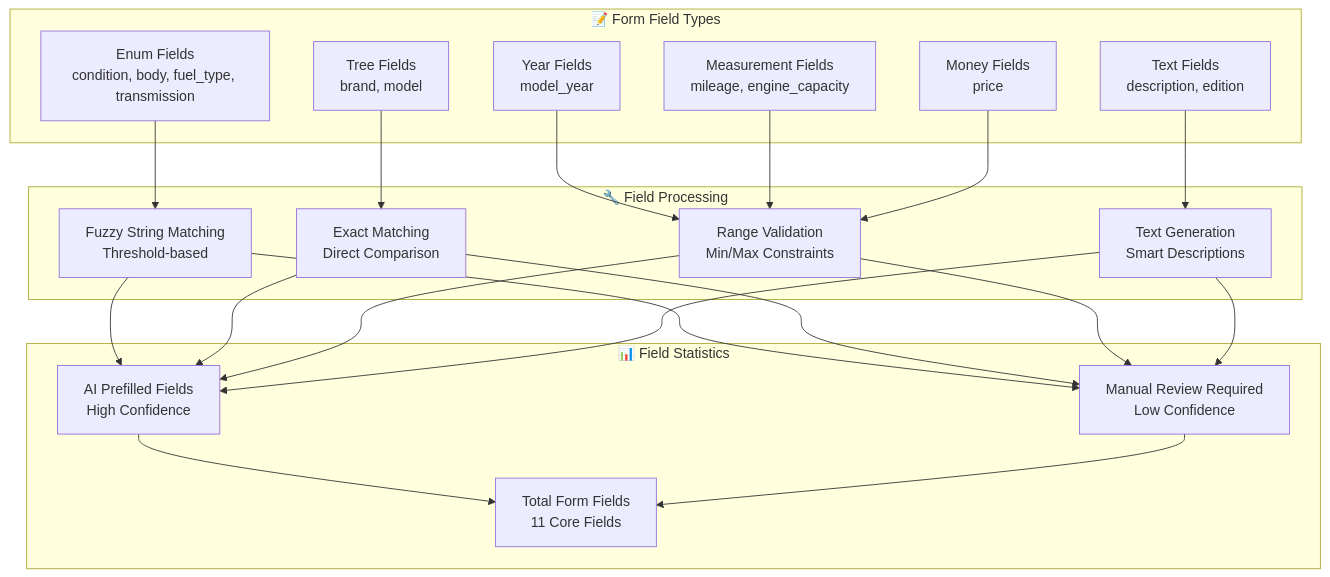
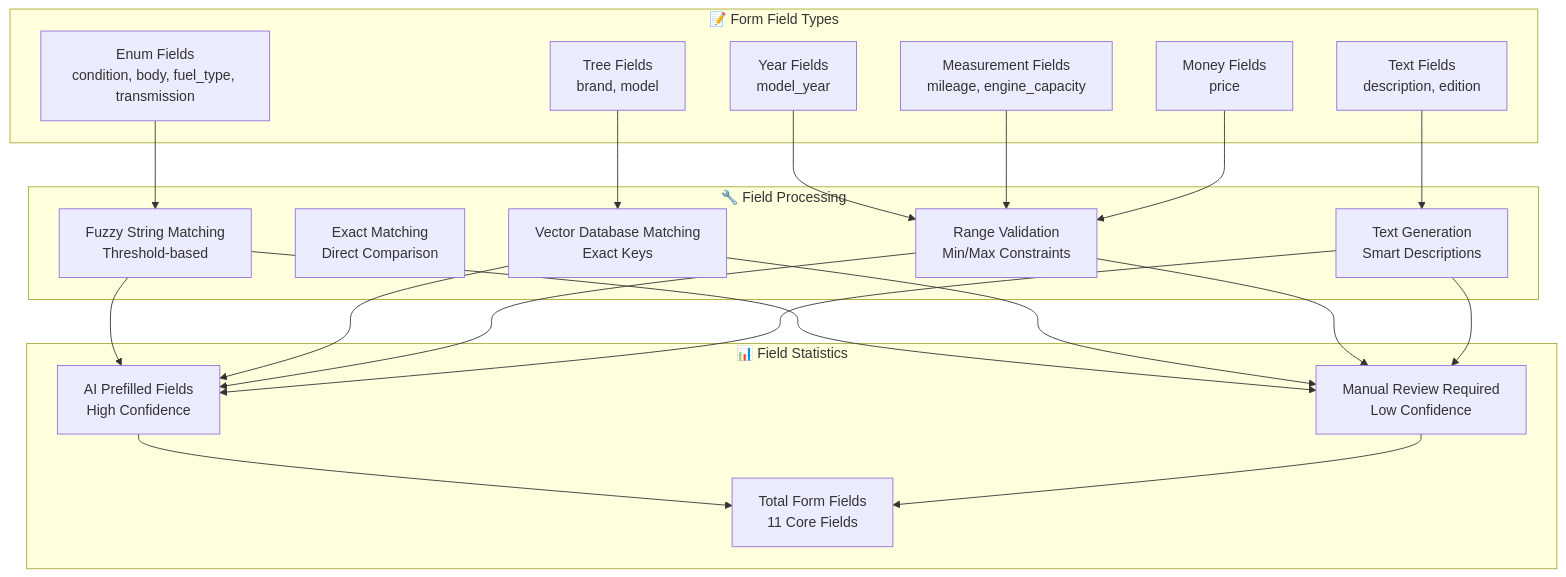
The seventh of 11 diagrams in architecture_diagram.md (adarshhegde/ai-prefill-service), drawn with Mermaid before and after one commit. The commit also changed other lines of this file and 1 other file, not shown here.

Commit message:
updated readme and diagram

````diff
--- a/architecture_diagram.md
+++ b/architecture_diagram.md
@@ -203,44 +334,45 @@
 ```mermaid
 graph TB
     subgraph "📝 Form Field Types"
         ENUM[Enum Fields<br/>condition, body, fuel_type, transmission]
         TREE[Tree Fields<br/>brand, model]
         YEAR[Year Fields<br/>model_year]
         MEASUREMENT[Measurement Fields<br/>mileage, engine_capacity]
         MONEY[Money Fields<br/>price]
         TEXT[Text Fields<br/>description, edition]
     end
 
     subgraph "🔧 Field Processing"
         FUZZY_MATCH[Fuzzy String Matching<br/>Threshold-based]
         EXACT_MATCH[Exact Matching<br/>Direct Comparison]
         RANGE_CHECK[Range Validation<br/>Min/Max Constraints]
         TEXT_GEN[Text Generation<br/>Smart Descriptions]
+        VECTOR_MATCH[Vector Database Matching<br/>Exact Keys]
     end
 
     subgraph "📊 Field Statistics"
         AI_PREFILLED[AI Prefilled Fields<br/>High Confidence]
         MANUAL_REQUIRED[Manual Review Required<br/>Low Confidence]
         TOTAL_FIELDS[Total Form Fields<br/>11 Core Fields]
     end
 
     ENUM --> FUZZY_MATCH
-    TREE --> EXACT_MATCH
+    TREE --> VECTOR_MATCH
     YEAR --> RANGE_CHECK
     MEASUREMENT --> RANGE_CHECK
     MONEY --> RANGE_CHECK
     TEXT --> TEXT_GEN
     
     FUZZY_MATCH --> AI_PREFILLED
-    EXACT_MATCH --> AI_PREFILLED
+    VECTOR_MATCH --> AI_PREFILLED
     RANGE_CHECK --> AI_PREFILLED
     TEXT_GEN --> AI_PREFILLED
     
     FUZZY_MATCH --> MANUAL_REQUIRED
-    EXACT_MATCH --> MANUAL_REQUIRED
+    VECTOR_MATCH --> MANUAL_REQUIRED
     RANGE_CHECK --> MANUAL_REQUIRED
     TEXT_GEN --> MANUAL_REQUIRED
     
     AI_PREFILLED --> TOTAL_FIELDS
     MANUAL_REQUIRED --> TOTAL_FIELDS
 ```
````
